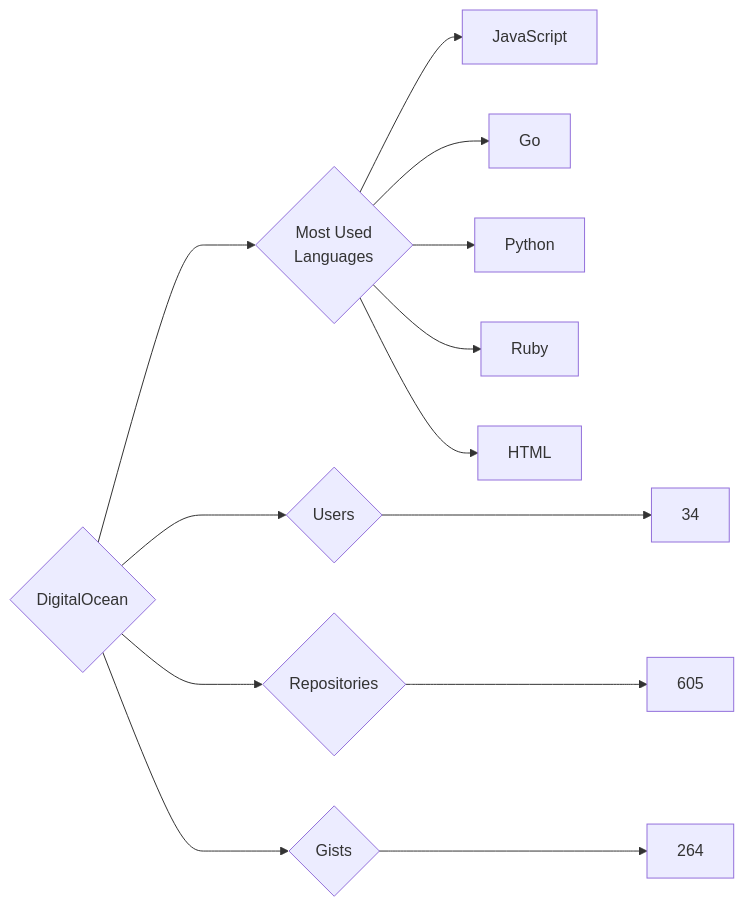
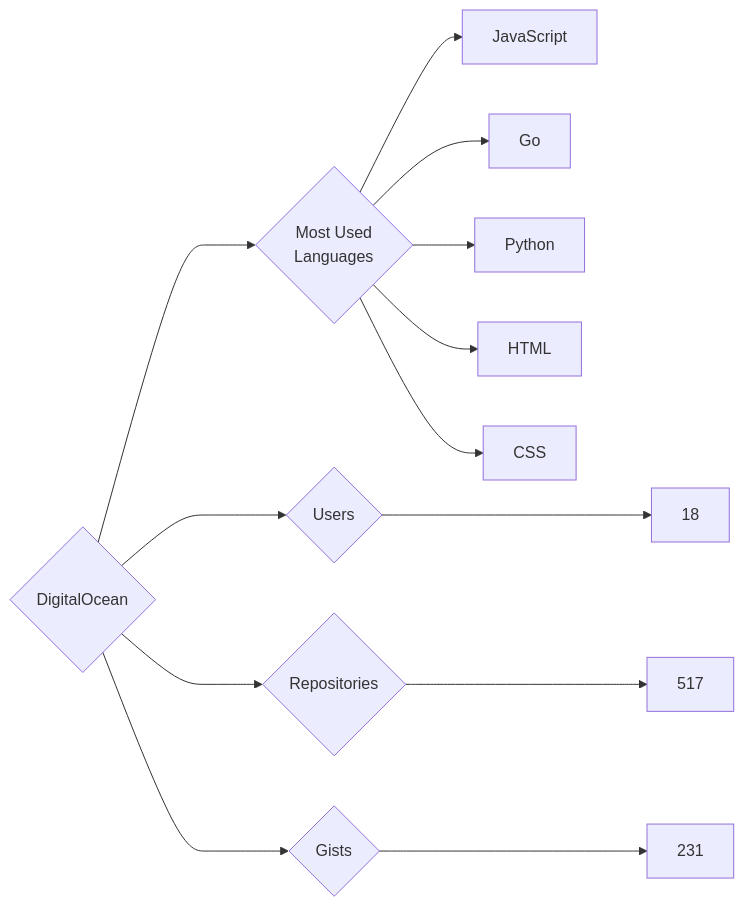
The diagram in targets/DigitalOcean/README.md (trickest/insiders), drawn with Mermaid before and after one commit. The commit also changed 899 other files, not shown here.

````diff
--- a/targets/DigitalOcean/README.md
+++ b/targets/DigitalOcean/README.md
@@ -3,13 +3,13 @@
 ```mermaid
 graph LR
 COMPANY_NAME{DigitalOcean}
-COMPANY_NAME ---> U{Users} ---> UN[34]
-COMPANY_NAME ---> R{Repositories} ---> RN[605]
-COMPANY_NAME ---> G{Gists} ---> GN[264]
+COMPANY_NAME ---> U{Users} ---> UN[18]
+COMPANY_NAME ---> R{Repositories} ---> RN[517]
+COMPANY_NAME ---> G{Gists} ---> GN[231]
 COMPANY_NAME ---> ML{Most Used<br>Languages}
 ML --> JavaScript[JavaScript]
 ML --> Go[Go]
 ML --> Python[Python]
-ML --> Ruby[Ruby]
 ML --> HTML[HTML]
+ML --> CSS[CSS]
 ```
````
